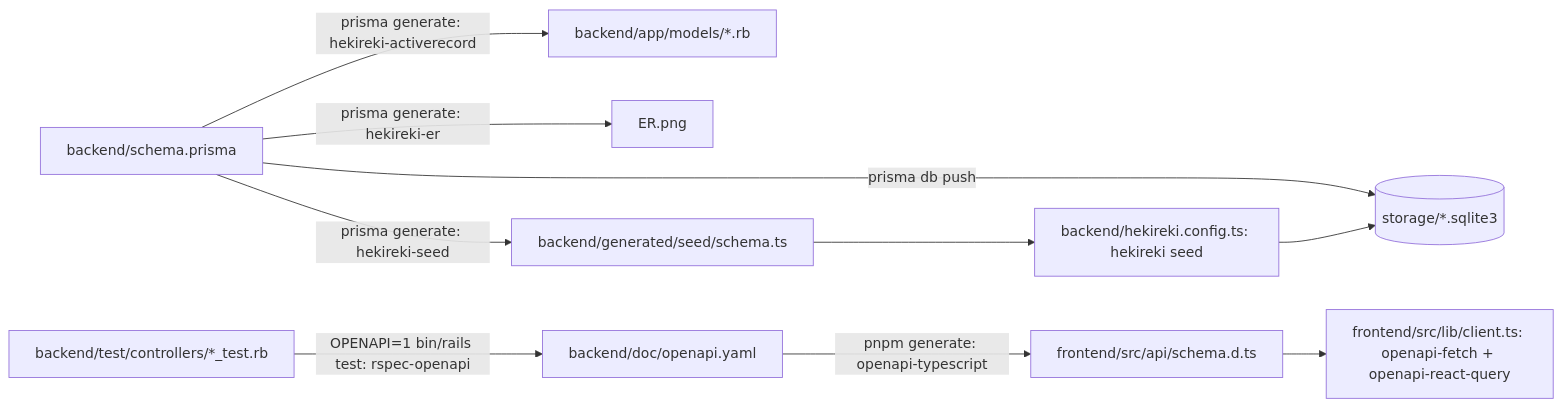
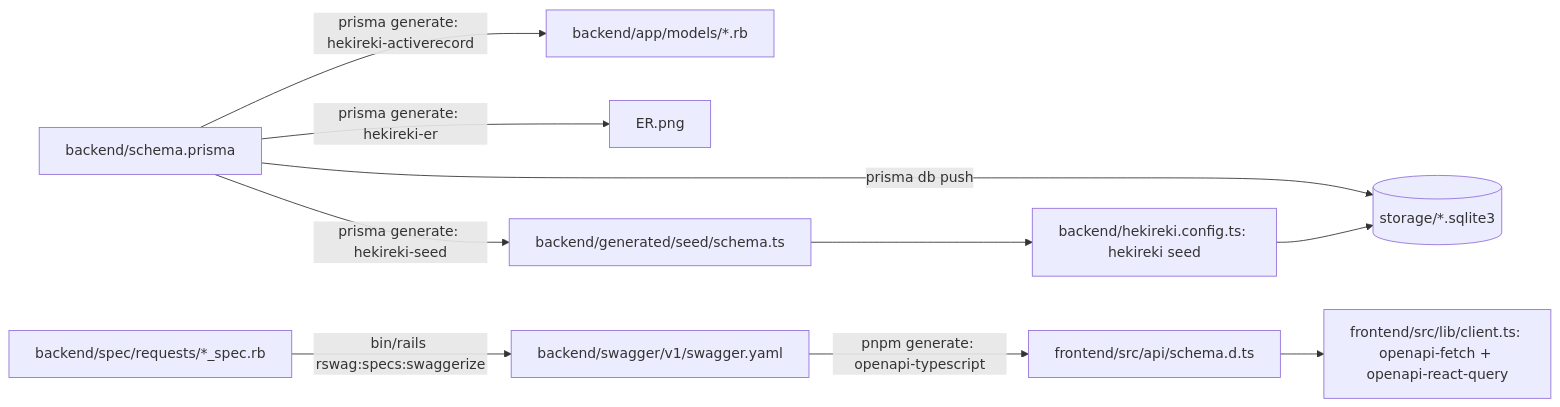
One commit to nakita628/react-rails-x changed the diagram in README.md. Above: the diagram before and after it, drawn with Mermaid. The commit also changed other lines of this file and 56 other files, not shown here.

````diff
--- a/README.md
+++ b/README.md
@@ -14,12 +14,12 @@
 ```mermaid
 flowchart LR
   P[backend/schema.prisma] -->|prisma generate: hekireki-activerecord| M[backend/app/models/*.rb]
   P -->|prisma generate: hekireki-er| ER[ER.png]
   P -->|prisma generate: hekireki-seed| SS[backend/generated/seed/schema.ts]
   SS --> SEED[backend/hekireki.config.ts: hekireki seed]
   P -->|prisma db push| DB[(storage/*.sqlite3)]
   SEED --> DB
-  S[backend/test/controllers/*_test.rb] -->|OPENAPI=1 bin/rails test: rspec-openapi| O[backend/doc/openapi.yaml]
+  S[backend/spec/requests/*_spec.rb] -->|bin/rails rswag:specs:swaggerize| O[backend/swagger/v1/swagger.yaml]
   O -->|pnpm generate: openapi-typescript| T[frontend/src/api/schema.d.ts]
   T --> C[frontend/src/lib/client.ts: openapi-fetch + openapi-react-query]
 ```
````
